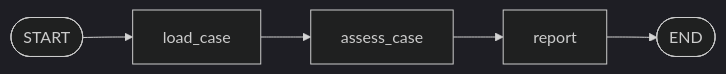
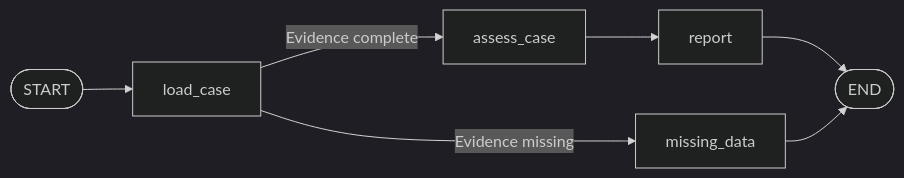
Before and after one commit to 55B0/langgraph-agent-lab: the first of 2 diagrams in README.md, drawn with Mermaid (dark theme). The commit also changed other lines of this file and 6 other files, not shown here.

````diff
--- a/README.md
+++ b/README.md
@@ -39,7 +47,9 @@
 ```mermaid
 flowchart LR
     S([START]) --> L[load_case]
-    L --> A[assess_case]
+    L -->|Evidence complete| A[assess_case]
+    L -->|Evidence missing| M[missing_data]
     A --> R[report]
     R --> E([END])
+    M --> E
 ```
````
